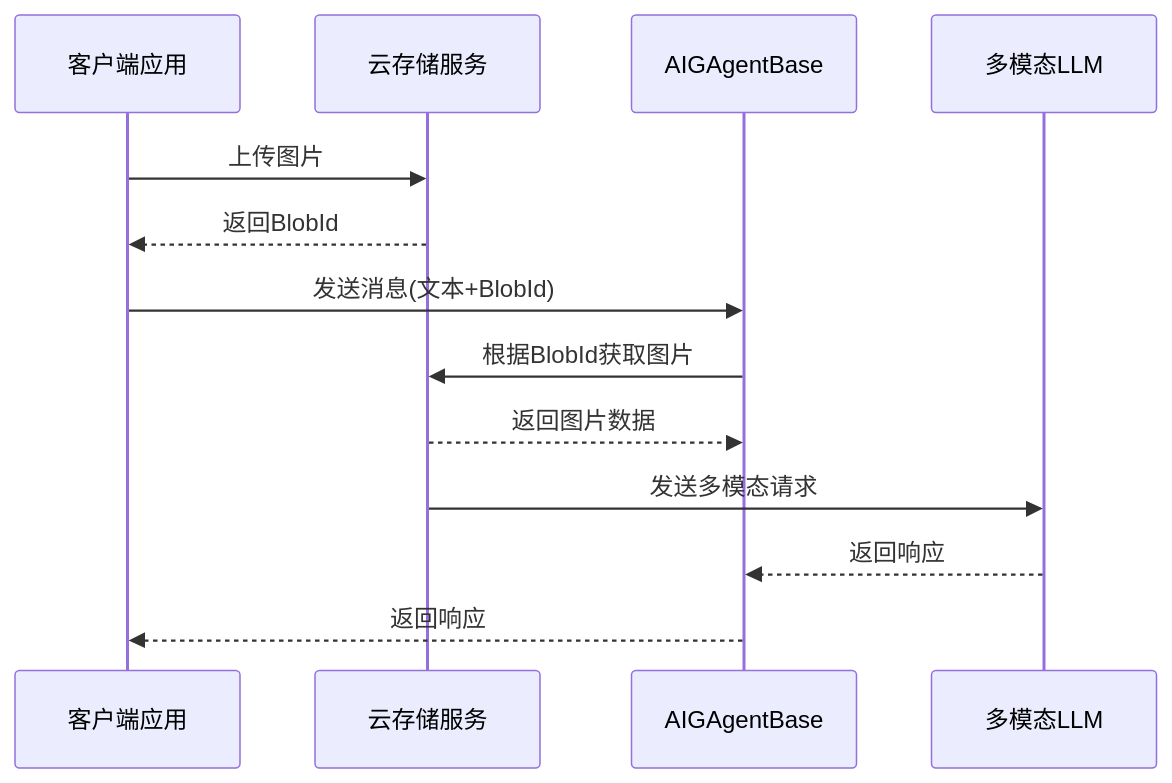
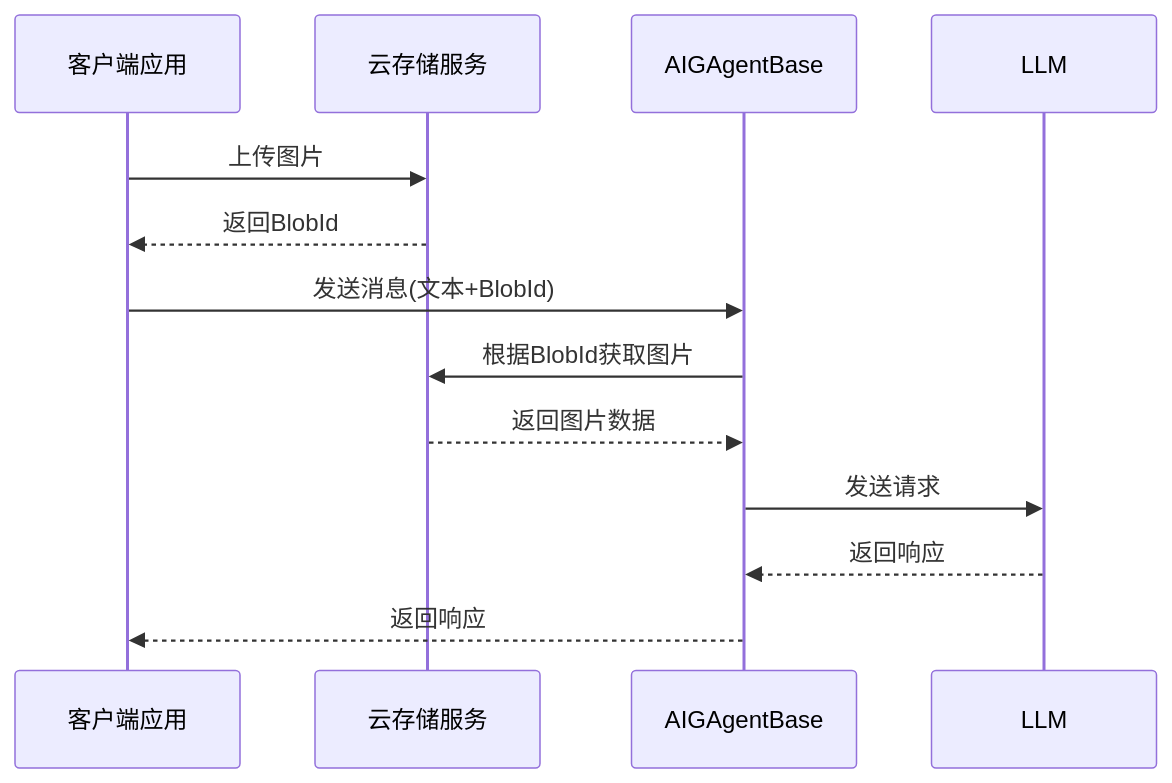
The second of 2 diagrams in issue100.md (aevatarAI/aevatar-gagents), drawn with Mermaid before and after one commit.

````diff
--- a/issue100.md
+++ b/issue100.md
@@ -40,20 +40,20 @@
 ```mermaid
 sequenceDiagram
     participant Client as 客户端应用
     participant Blob as 云存储服务
     participant Agent as AIGAgentBase
-    participant LLM as 多模态LLM
+    participant LLM as LLM
     
     Client->>Blob: 上传图片
     Blob-->>Client: 返回BlobId
     
     Client->>Agent: 发送消息(文本+BlobId)
     Agent->>Blob: 根据BlobId获取图片
     Blob-->>Agent: 返回图片数据
     
-    Blob->>LLM: 发送多模态请求
+    Agent->>LLM: 发送请求
     
     LLM-->>Agent: 返回响应
     Agent-->>Client: 返回响应
     
 ```
````
